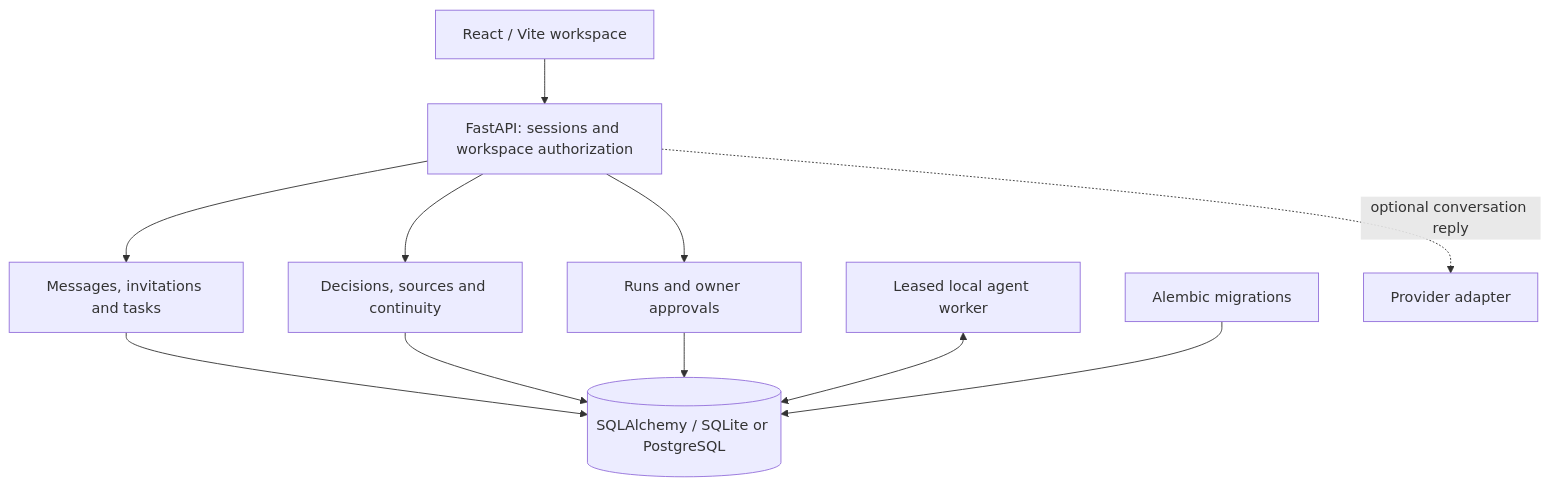
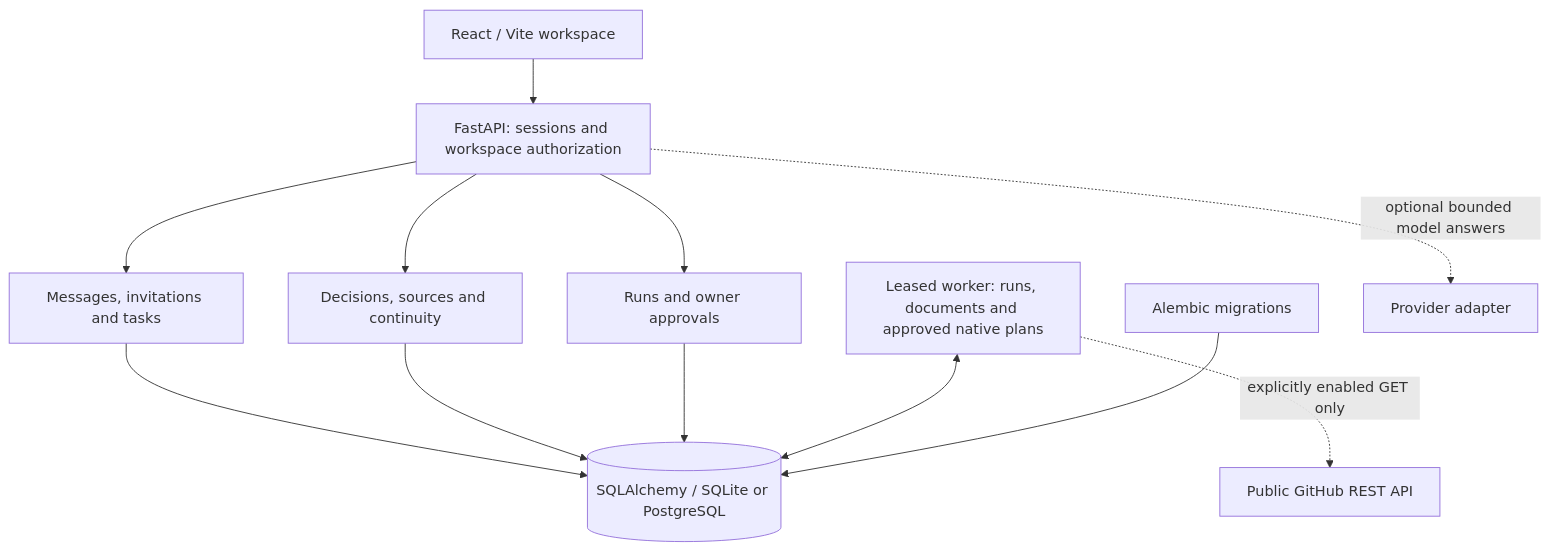
One commit to Yug-More/Parallel changed the first of 4 diagrams in README.md. Above: the diagram before and after it, drawn with Mermaid. The commit also changed other lines of this file and 22 other files, not shown here.

````diff
--- a/README.md
+++ b/README.md
@@ -47,13 +53,14 @@
 ```mermaid
 flowchart TB
     React[React / Vite workspace] --> API[FastAPI: sessions and workspace authorization]
     API --> Collaboration[Messages, invitations and tasks]
     API --> Knowledge[Decisions, sources and continuity]
     API --> Control[Runs and owner approvals]
     Collaboration --> SQL[(SQLAlchemy / SQLite or PostgreSQL)]
     Knowledge --> SQL
     Control --> SQL
-    Worker[Leased local agent worker] <--> SQL
+    Worker[Leased worker: runs, documents and approved native plans] <--> SQL
+    Worker -. explicitly enabled GET only .-> GitHub[Public GitHub REST API]
     Migration[Alembic migrations] --> SQL
-    API -. optional conversation reply .-> AI[Provider adapter]
+    API -. optional bounded model answers .-> AI[Provider adapter]
 ```
````
